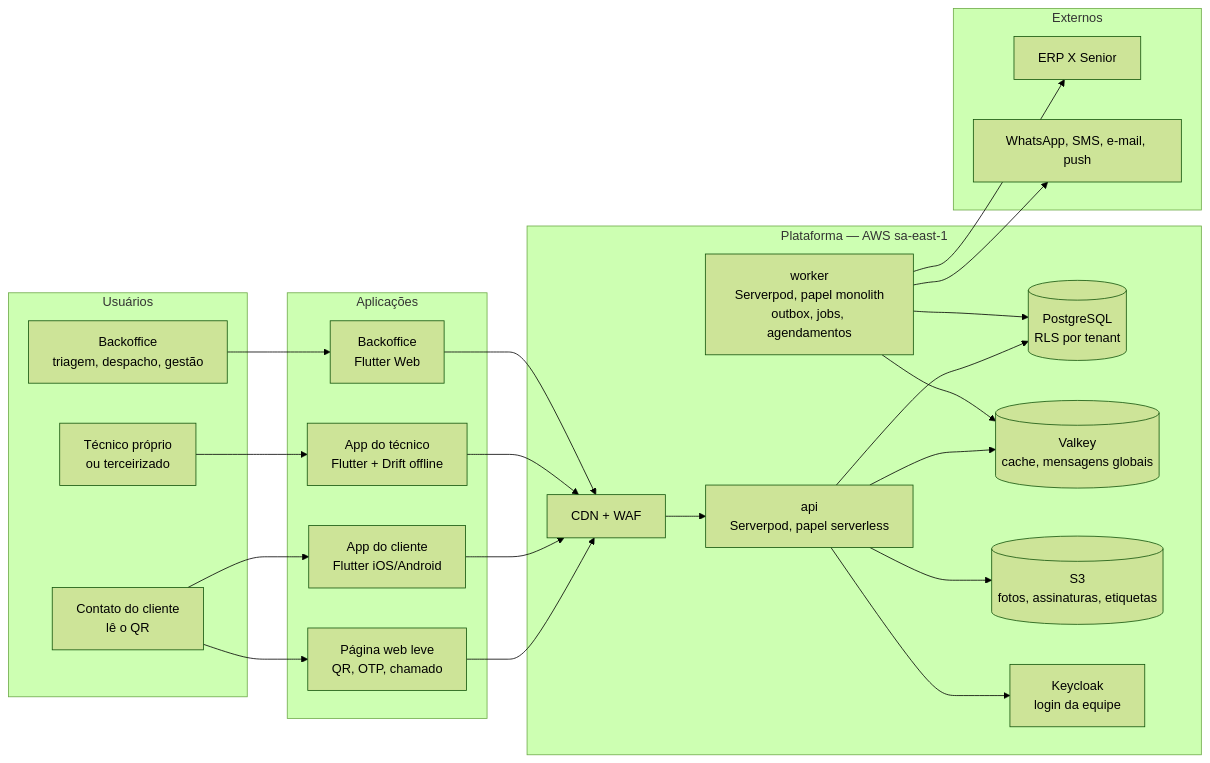
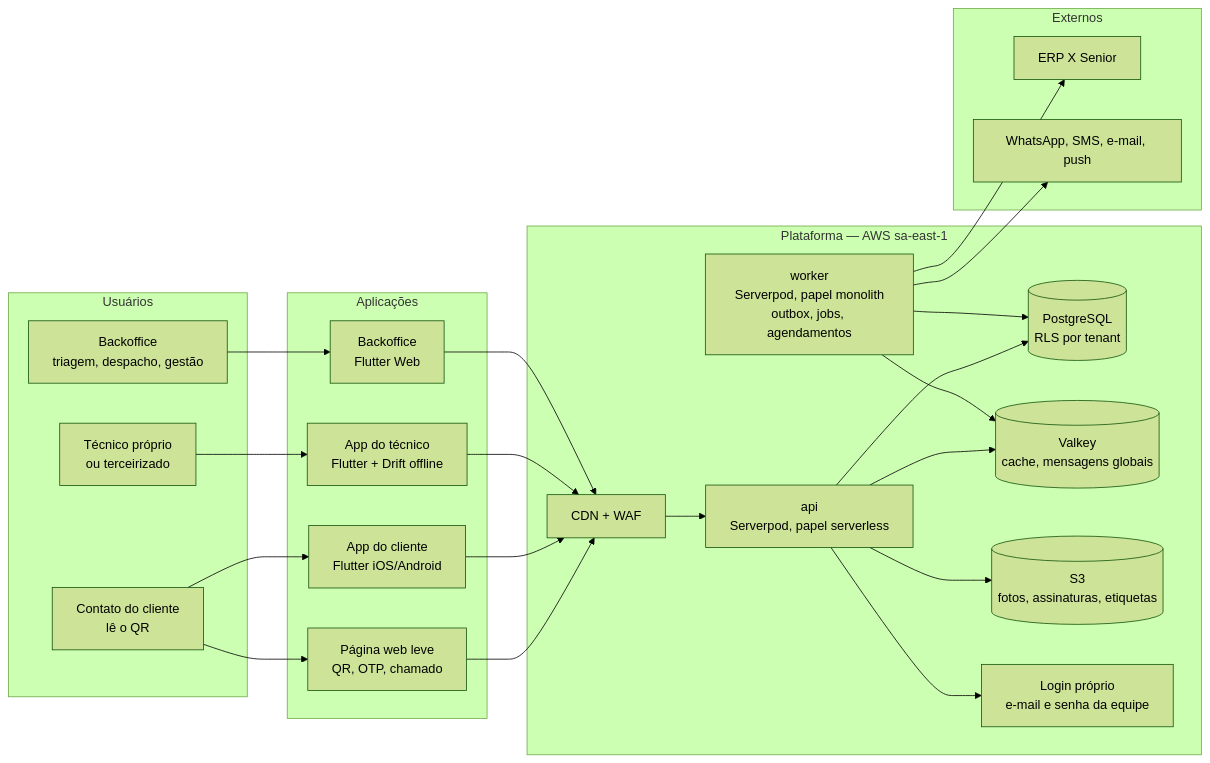
The diagram in README.md (lucaalexandrecosta/plataforma-os), drawn with Mermaid (forest theme) before and after one commit. The commit also changed other lines of this file and 40 other files, not shown here.

First line of the commit message:
feat(auth): login próprio por e-mail e senha, sem Keycloak

````diff
--- a/README.md
+++ b/README.md
@@ -34,44 +34,44 @@
 ```mermaid
 flowchart LR
     subgraph Usuarios["Usuários"]
         C["Contato do cliente<br/>lê o QR"]
         T["Técnico próprio<br/>ou terceirizado"]
         B["Backoffice<br/>triagem, despacho, gestão"]
     end
     subgraph Apps["Aplicações"]
         WEB["Página web leve<br/>QR, OTP, chamado"]
         CA["App do cliente<br/>Flutter iOS/Android"]
         TA["App do técnico<br/>Flutter + Drift offline"]
         BO["Backoffice<br/>Flutter Web"]
     end
     subgraph Plataforma["Plataforma — AWS sa-east-1"]
         CDN["CDN + WAF"]
         API["api<br/>Serverpod, papel serverless"]
         WK["worker<br/>Serverpod, papel monolith<br/>outbox, jobs, agendamentos"]
         PG[("PostgreSQL<br/>RLS por tenant")]
         VK[("Valkey<br/>cache, mensagens globais")]
         S3[("S3<br/>fotos, assinaturas, etiquetas")]
-        KC["Keycloak<br/>login da equipe"]
+        KC["Login próprio<br/>e-mail e senha da equipe"]
     end
     subgraph Externos["Externos"]
         ERP["ERP X Senior"]
         MSG["WhatsApp, SMS, e-mail, push"]
     end
     C --> WEB
     C --> CA
     T --> TA
     B --> BO
     WEB --> CDN
     CA --> CDN
     TA --> CDN
     BO --> CDN
     CDN --> API
     API --> PG
     API --> VK
     API --> S3
     API --> KC
     WK --> PG
     WK --> VK
     WK --> ERP
     WK --> MSG
 ```
````
